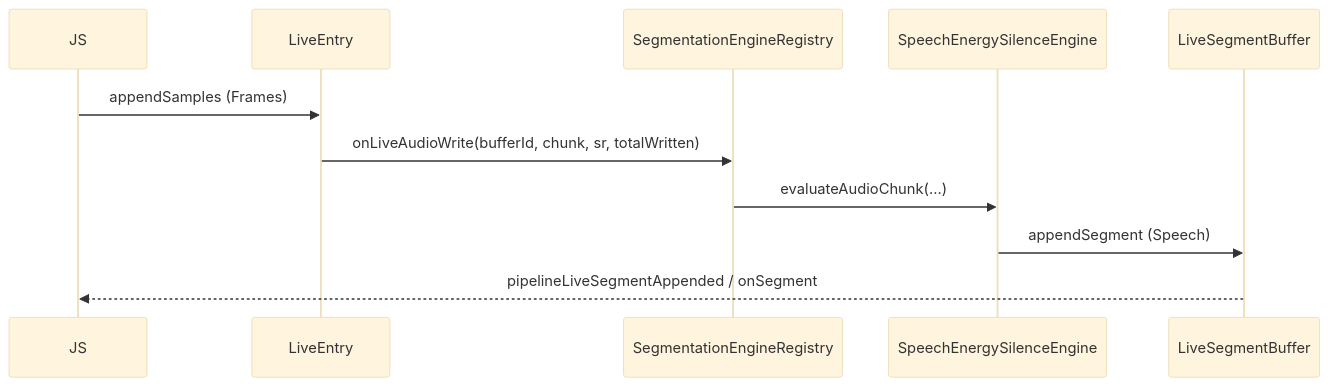
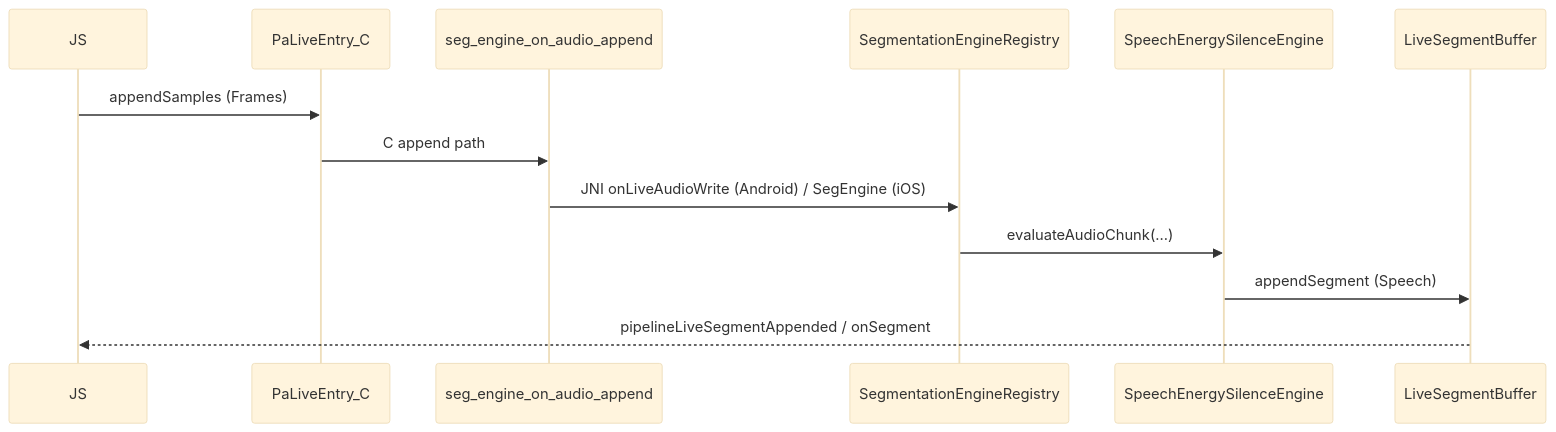
Before and after one commit to XDcobra/react-native-sherpa-onnx: the second of 2 diagrams in docs/migration/segmentationEngine/segmentation-engine-core-snapshot.md, drawn with Mermaid (base theme). The commit also changed other lines of this file and 1 other file, not shown here.

Commit message:
docs: mark S7 done and document C-hook notify path

````diff
--- a/docs/migration/segmentationEngine/segmentation-engine-core-snapshot.md
+++ b/docs/migration/segmentationEngine/segmentation-engine-core-snapshot.md
@@ -70,14 +72,16 @@
 ```mermaid
 sequenceDiagram
   participant JS
-  participant Live as LiveEntry
+  participant Live as PaLiveEntry_C
+  participant Hook as seg_engine_on_audio_append
   participant Reg as SegmentationEngineRegistry
   participant Eng as SpeechEnergySilenceEngine
   participant SegBuf as LiveSegmentBuffer
 
   JS->>Live: appendSamples (Frames)
-  Live->>Reg: onLiveAudioWrite(bufferId, chunk, sr, totalWritten)
+  Live->>Hook: C append path
+  Hook->>Reg: JNI onLiveAudioWrite (Android) / SegEngine (iOS)
   Reg->>Eng: evaluateAudioChunk(...)
   Eng->>SegBuf: appendSegment (Speech)
   SegBuf-->>JS: pipelineLiveSegmentAppended / onSegment
 ```
````
